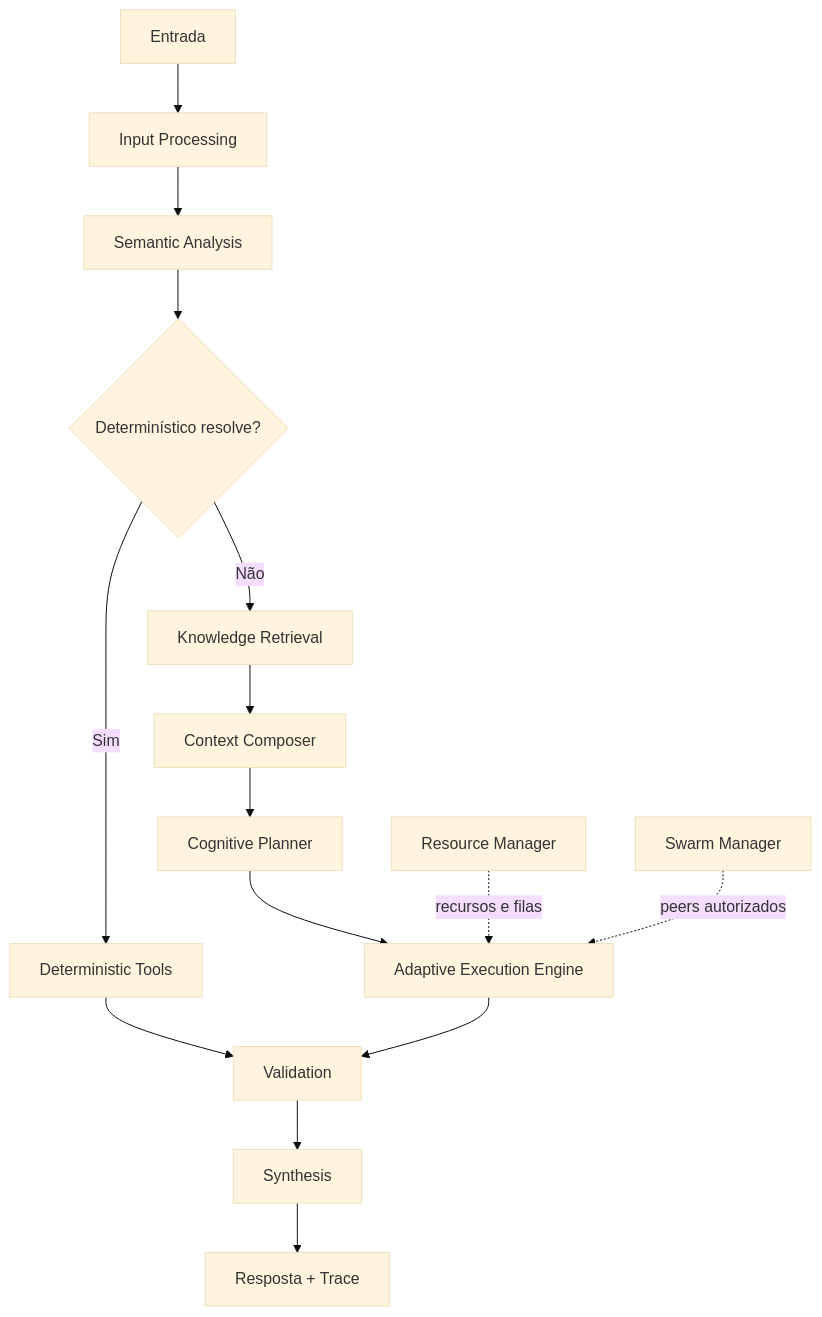
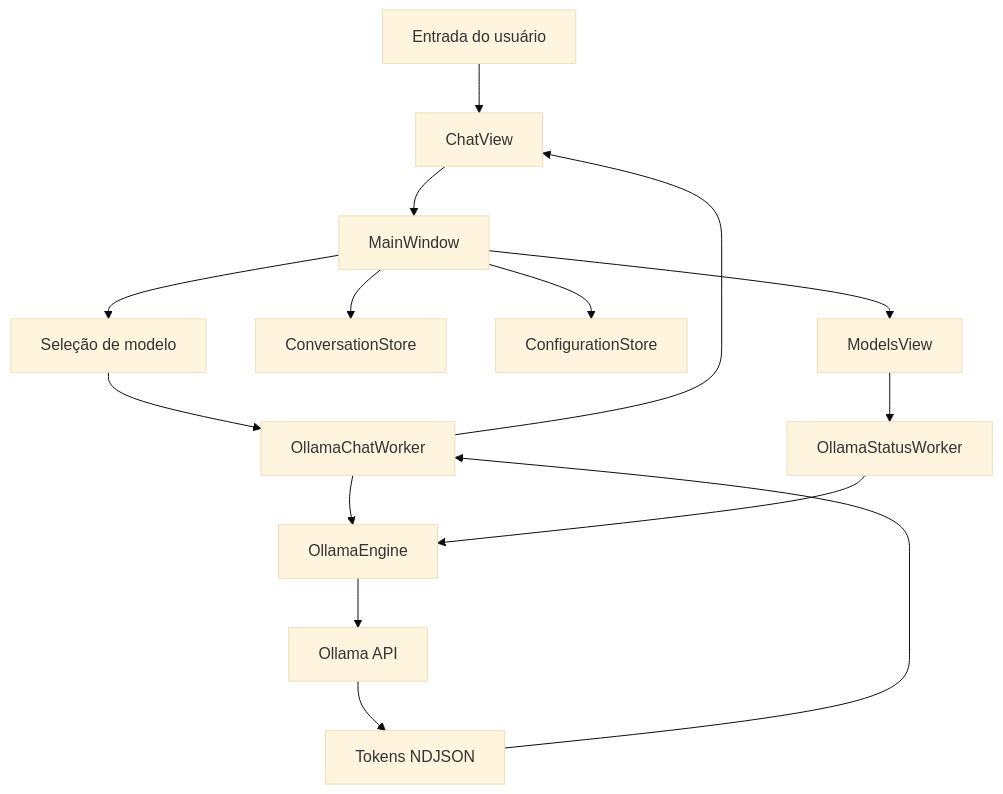
The diagram in README.md (K410Sh4/AILocalUniversal), drawn with Mermaid (base theme) before and after one commit. The commit also changed other lines of this file and 22 other files, not shown here.

````diff
--- a/README.md
+++ b/README.md
@@ -28,17 +29,17 @@
-```mermaid
+~~~mermaid
 flowchart TD
- A[Entrada] --> B[Input Processing]
- B --> C[Semantic Analysis]
- C --> D{Determinístico resolve?}
- D -->|Sim| E[Deterministic Tools]
- D -->|Não| F[Knowledge Retrieval]
- E --> J[Validation]
- F --> G[Context Composer]
- G --> H[Cognitive Planner]
- H --> I[Adaptive Execution Engine]
- I --> J
- J --> K[Synthesis]
- K --> L[Resposta + Trace]
- R[Resource Manager] -. recursos e filas .-> I
- S[Swarm Manager] -. peers autorizados .-> I
-```
+ A[Entrada do usuário] --> B[ChatView]
+ B --> C[MainWindow]
+ C --> D[Seleção de modelo]
+ D --> E[OllamaChatWorker]
+ E --> F[OllamaEngine]
+ F --> G[Ollama API]
+ G --> H[Tokens NDJSON]
+ H --> E
+ E --> B
+ C --> I[ConversationStore]
+ C --> J[ConfigurationStore]
+ C --> K[ModelsView]
+ K --> L[OllamaStatusWorker]
+ L --> F
+~~~
````
